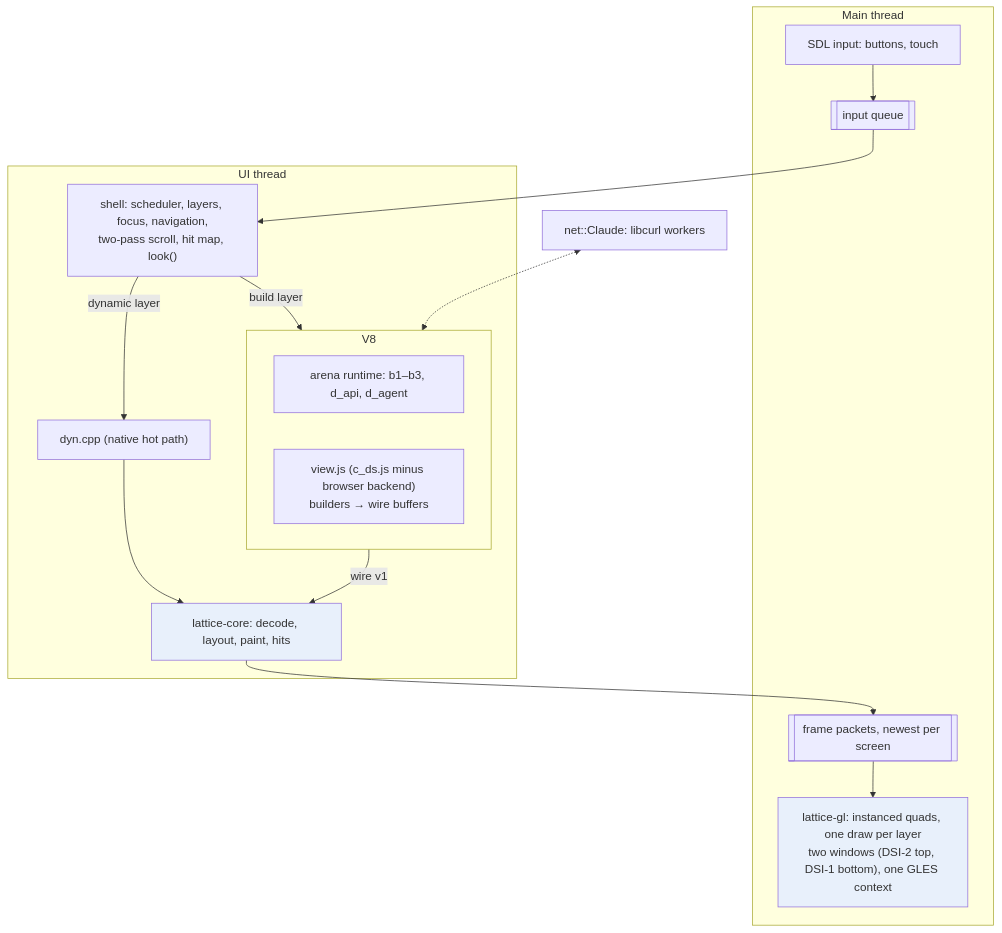
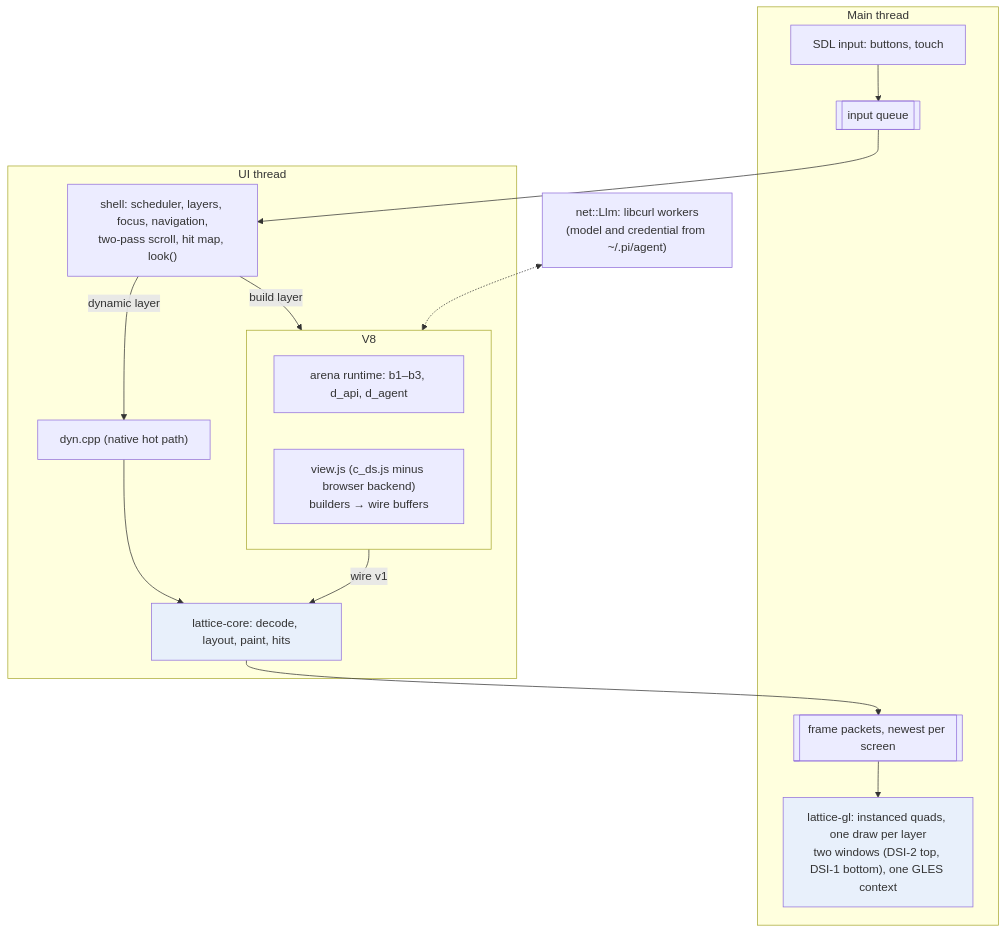
One commit to go-go-golems/go-go-parc changed the diagram in Projects/2026/10/15/PROJECT REPORT - Lattice DS Native - The Whole Project - A Browser UI System on a Real Dual-Screen Handheld.md. Above: the diagram before and after it, drawn with Mermaid. The commit also changed other lines of this file, not shown here.

Commit message:
Lattice DS overview: real model on the device via the pi agent setup

````diff
--- a/Projects/2026/10/15/PROJECT REPORT - Lattice DS Native - The Whole Project - A Browser UI System on a Real Dual-Screen Handheld.md
+++ b/Projects/2026/10/15/PROJECT REPORT - Lattice DS Native - The Whole Project - A Browser UI System on a Real Dual-Screen Handheld.md
@@ -97,22 +97,22 @@
 ```mermaid
 flowchart TB
   subgraph main["Main thread"]
     IN[SDL input: buttons, touch] --> IQ
     PQ --> GL["lattice-gl: instanced quads, one draw per layer\ntwo windows (DSI-2 top, DSI-1 bottom), one GLES context"]
   end
   subgraph ui["UI thread"]
     IQ[[input queue]] --> SH["shell: scheduler, layers, focus, navigation,\ntwo-pass scroll, hit map, look()"]
     SH -- "build layer" --> JS
     subgraph JS["V8"]
       RT["arena runtime: b1–b3, d_api, d_agent"]
       V["view.js (c_ds.js minus browser backend)\nbuilders → wire buffers"]
     end
     SH -- "dynamic layer" --> DYN["dyn.cpp (native hot path)"]
     JS -- "wire v1" --> CORE["lattice-core: decode, layout, paint, hits"]
     DYN --> CORE
     CORE --> PQ[[frame packets, newest per screen]]
   end
-  NET["net::Claude: libcurl workers"] <-.-> JS
+  NET["net::Llm: libcurl workers\n(model and credential from ~/.pi/agent)"] <-.-> JS
   style CORE fill:#e8f0fb
   style GL fill:#e8f0fb
 ```
````
